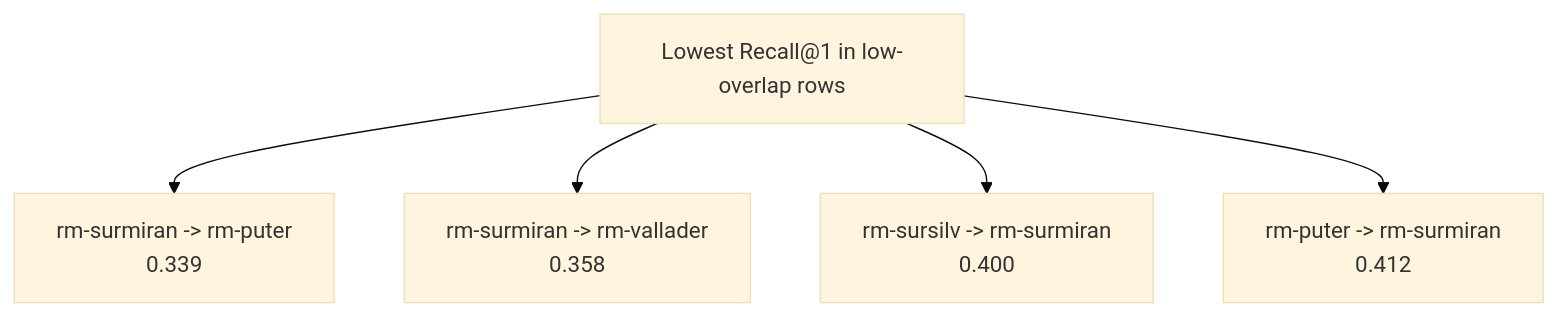
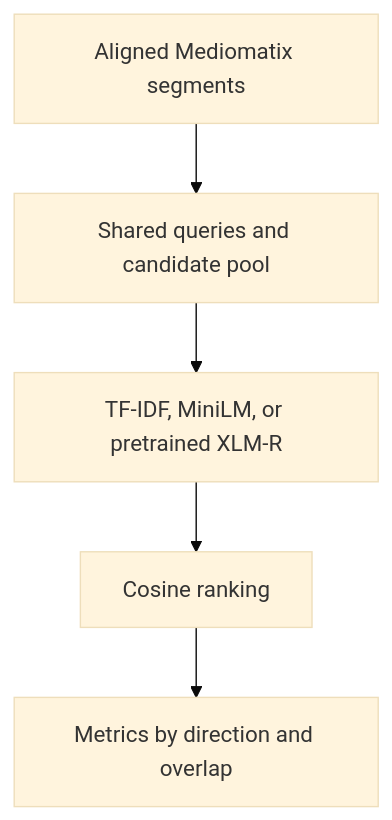
One commit to dirgnic/Zero-Shot_Semantic_Retrieval changed the diagram in docs/diagrams/validation_results.md. Above: the diagram before and after it, drawn with Mermaid (base theme). The commit also changed other lines of this file and 5 other files, not shown here.

````diff
--- a/docs/diagrams/validation_results.md
+++ b/docs/diagrams/validation_results.md
@@ -118,7 +5,7 @@
 ```mermaid
 flowchart TD
-    A["Lowest Recall@1 in low-overlap rows"] --> B["rm-surmiran -> rm-puter<br/>0.339"]
-    A --> C["rm-surmiran -> rm-vallader<br/>0.358"]
-    A --> D["rm-sursilv -> rm-surmiran<br/>0.400"]
-    A --> E["rm-puter -> rm-surmiran<br/>0.412"]
+    A["Aligned Mediomatix segments"] --> B["Shared queries and candidate pool"]
+    B --> C["TF-IDF, MiniLM, or pretrained XLM-R"]
+    C --> D["Cosine ranking"]
+    D --> E["Metrics by direction and overlap"]
 ```
````
